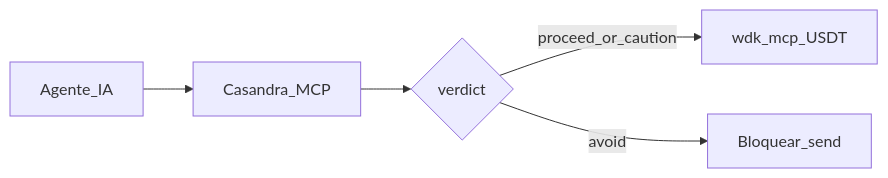
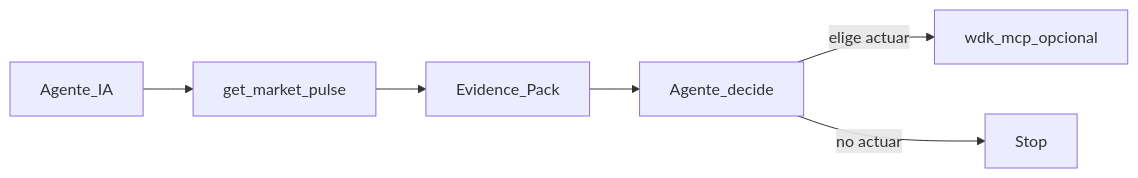
Before and after one commit to Kenyi001/oraculo-radiohead: the diagram in docs/TRACK.md, drawn with Mermaid. The commit also changed other lines of this file and 10 other files, not shown here.

First line of the commit message:
feat: reposition Casandra as evidence substrate for agents

````diff
--- a/docs/TRACK.md
+++ b/docs/TRACK.md
@@ -38,7 +38,8 @@
 ```mermaid
 flowchart LR
-  agent[Agente_IA] --> casandra[Casandra_MCP]
-  casandra --> verdict{verdict}
-  verdict -->|proceed_or_caution| wdk[wdk_mcp_USDT]
-  verdict -->|avoid| block[Bloquear_send]
+  agent[Agente_IA] --> pulse[get_market_pulse]
+  pulse --> evidence[Evidence_Pack]
+  evidence --> agentDecide[Agente_decide]
+  agentDecide -->|"elige actuar"| wdk[wdk_mcp_opcional]
+  agentDecide -->|no actuar| stop[Stop]
 ```
````
